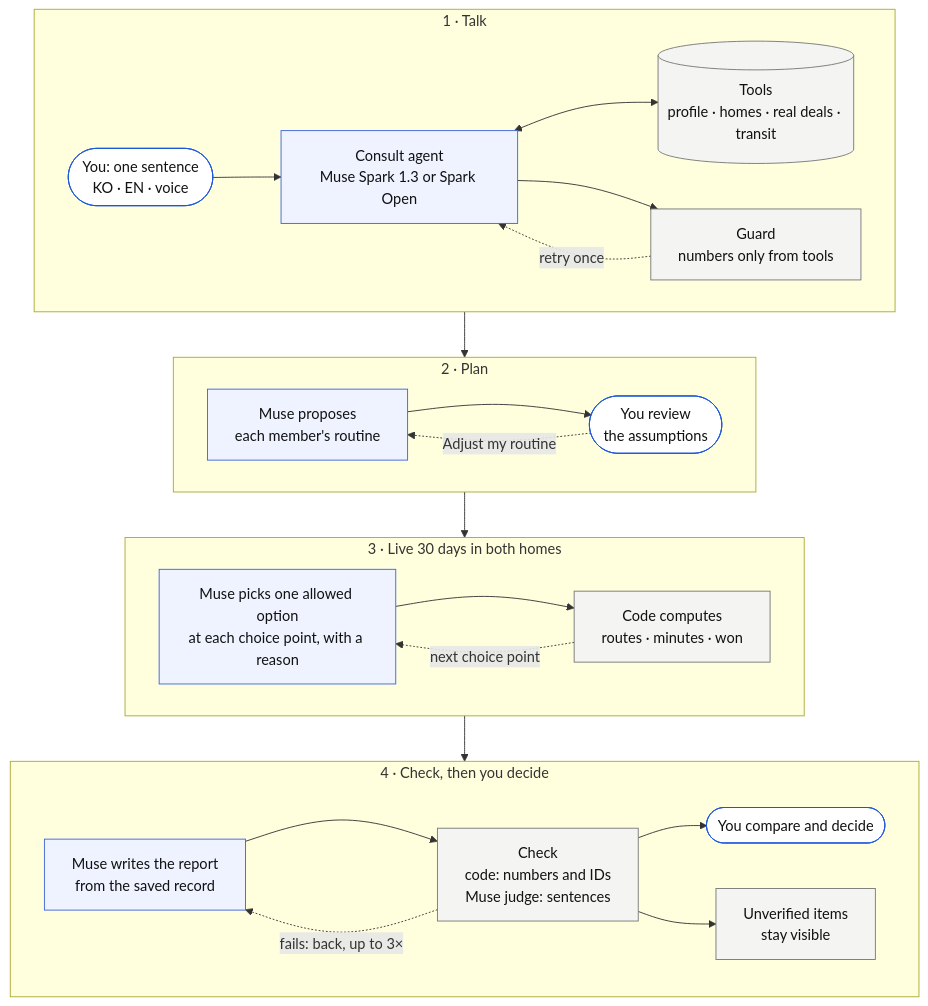
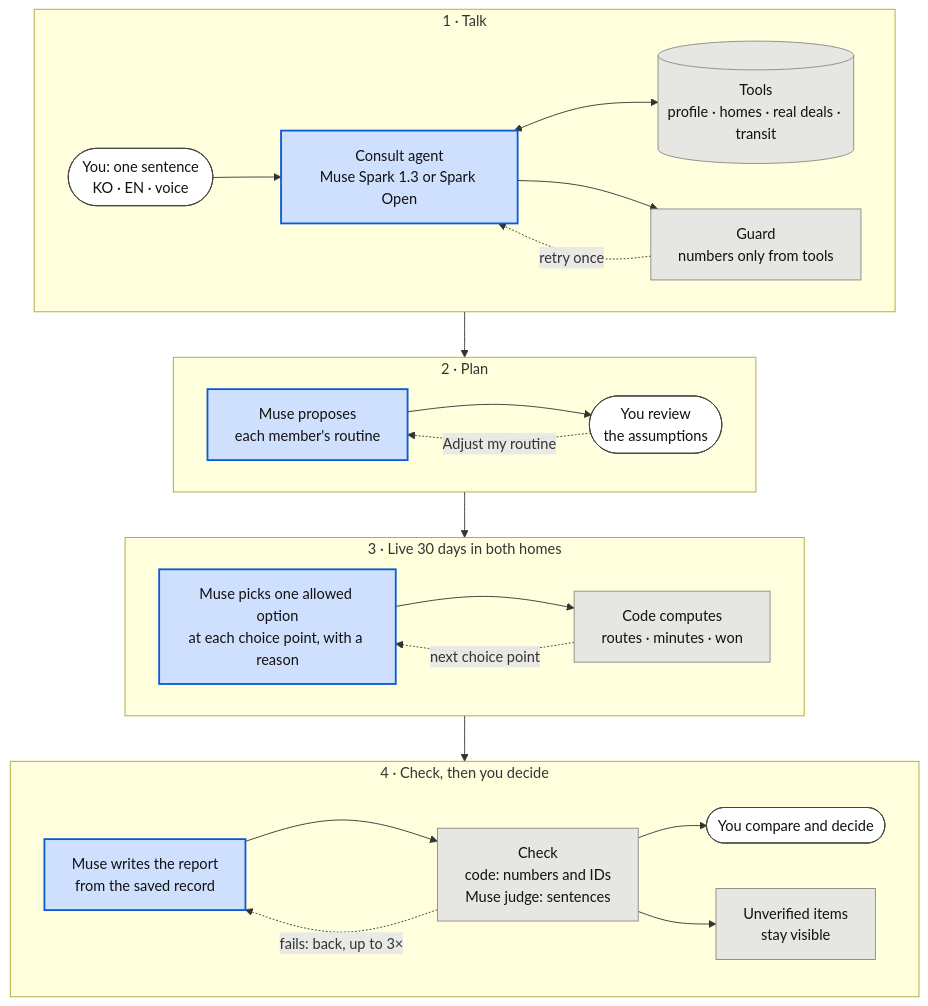
One commit to halo-sw/ithaca changed the diagram in docs/agent-workflow.mmd. Above: the diagram before and after it, drawn with Mermaid. The commit also changed 3 other files, not shown here.

Commit message:
docs: agent chart colors match the legend (Muse blue, code grey, you white)

```diff
--- a/docs/agent-workflow.mmd
+++ b/docs/agent-workflow.mmd
@@ -1,32 +1,32 @@
 flowchart TB
   subgraph S1["1 · Talk"]
     direction LR
     U(["You: one sentence<br/>KO · EN · voice"]) --> A["Consult agent<br/>Muse Spark 1.3 or Spark Open"]
     A <--> T[("Tools<br/>profile · homes · real deals · transit")]
     A --> G["Guard<br/>numbers only from tools"]
     G -. "retry once" .-> A
   end
   subgraph S2["2 · Plan"]
     direction LR
     H["Muse proposes<br/>each member's routine"] --> F(["You review<br/>the assumptions"])
     F -. "Adjust my routine" .-> H
   end
   subgraph S3["3 · Live 30 days in both homes"]
     direction LR
     D["Muse picks one allowed option<br/>at each choice point, with a reason"] --> E["Code computes<br/>routes · minutes · won"]
     E -. "next choice point" .-> D
   end
   subgraph S4["4 · Check, then you decide"]
     direction LR
     P["Muse writes the report<br/>from the saved record"] --> C["Check<br/>code: numbers and IDs<br/>Muse judge: sentences"]
     C -. "fails: back, up to 3×" .-> P
     C --> O(["You compare and decide"])
     C --> N["Unverified items<br/>stay visible"]
   end
   S1 --> S2 --> S3 --> S4
-  classDef muse fill:#eef3ff,stroke:#3d63dd,color:#111
-  classDef code fill:#f4f4f2,stroke:#777,color:#111
-  classDef you fill:#ffffff,stroke:#1a56db,color:#111
+  classDef muse fill:#cfe0ff,stroke:#0b5bd3,stroke-width:2px,color:#111
+  classDef code fill:#e6e6e3,stroke:#8a8a86,color:#111
+  classDef you fill:#ffffff,stroke:#444,color:#111
   class A,H,D,P muse
   class T,G,E,C,N code
   class U,F,O you
```
